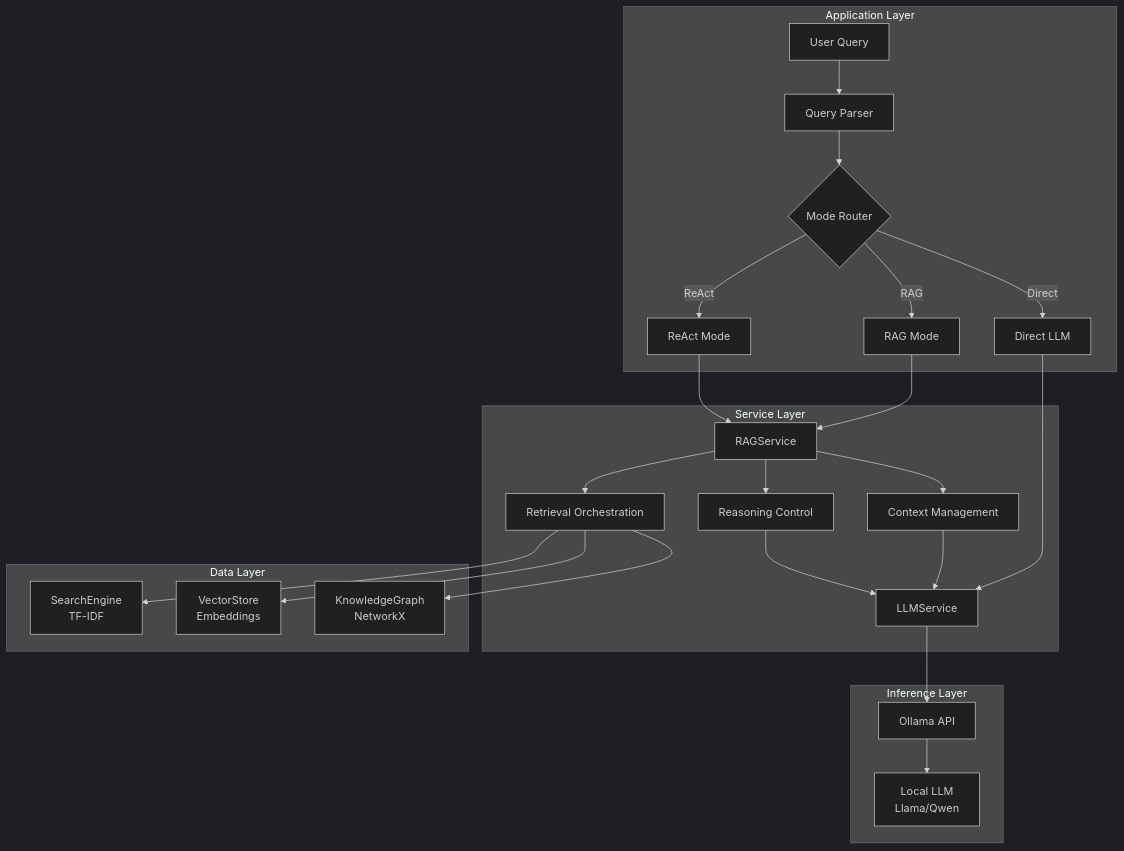
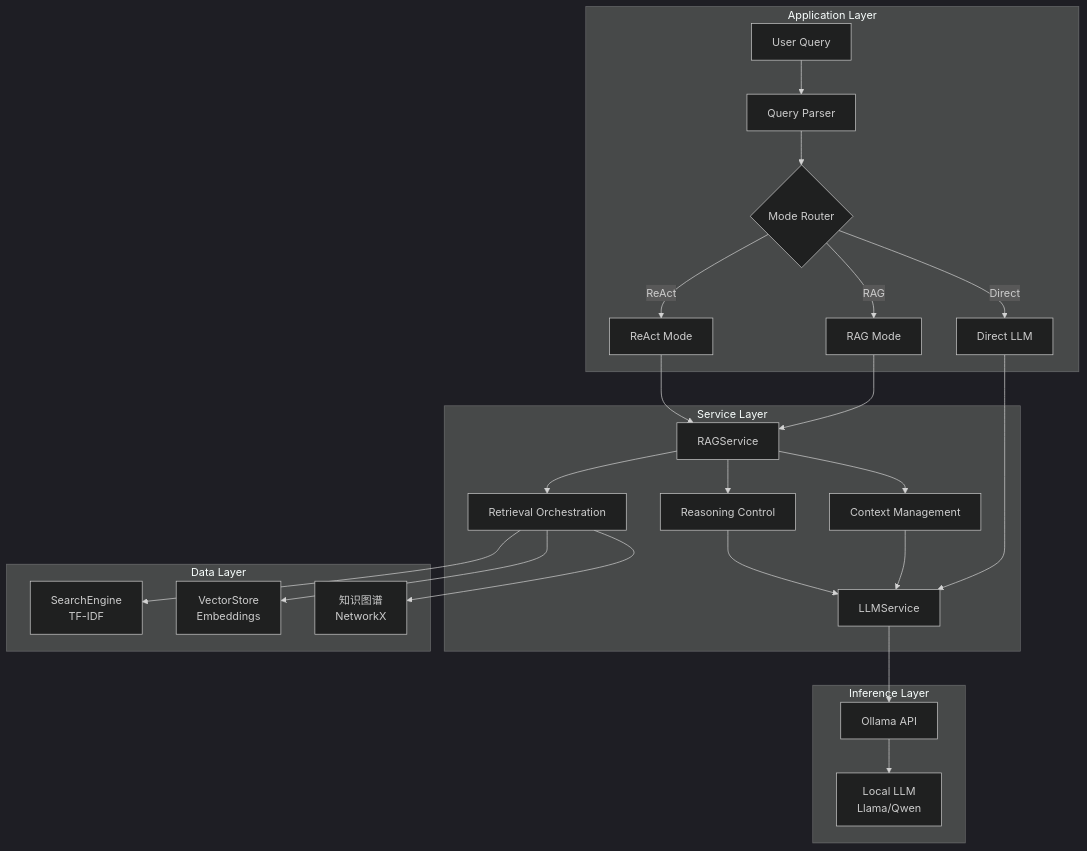
One commit to tylerelyt/test_bed changed the diagram in docs_site/docs/rag/architecture.md. Above: the diagram before and after it, drawn with Mermaid (dark theme). The commit also changed other lines of this file and 15 other files, not shown here.

First line of the commit message:
feat(rag): OAG ReAct graph reasoning, streaming steps, retrieval subgraph viz

````diff
--- a/docs_site/docs/rag/architecture.md
+++ b/docs_site/docs/rag/architecture.md
@@ -26,33 +26,33 @@
 ```mermaid
 graph TB
     subgraph ApplicationLayer["Application Layer"]
         A[User Query] --> A1[Query Parser]
         A1 --> A2{Mode Router}
         A2 -->|Direct| B[Direct LLM]
         A2 -->|RAG| C[RAG Mode]
         A2 -->|ReAct| D[ReAct Mode]
     end
     
     subgraph ServiceLayer["Service Layer"]
         C --> E[RAGService]
         D --> E
         E --> E1[Retrieval Orchestration]
         E --> E2[Context Management]
         E --> E3[Reasoning Control]
         
         B --> F[LLMService]
         E2 --> F
         E3 --> F
     end
     
     subgraph DataLayer["Data Layer"]
         E1 --> G[SearchEngine<br/>TF-IDF]
         E1 --> H[VectorStore<br/>Embeddings]
-        E1 --> I[KnowledgeGraph<br/>NetworkX]
+        E1 --> I[知识图谱<br/>NetworkX]
     end
     
     subgraph InferenceLayer["Inference Layer"]
         F --> J[Ollama API]
         J --> K[Local LLM<br/>Llama/Qwen]
     end
 ```
````
